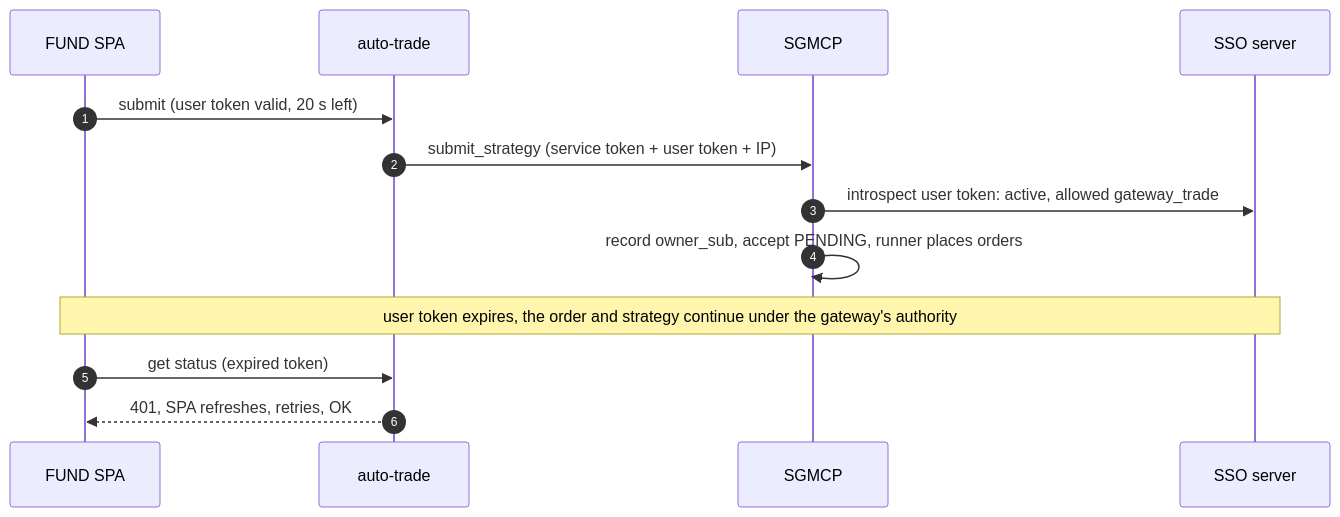
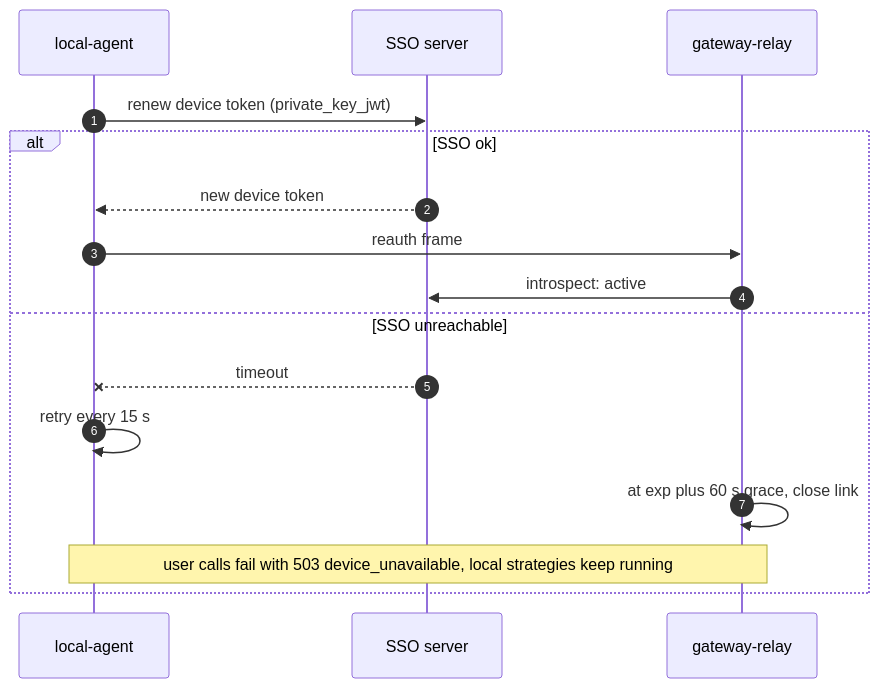
One commit to Neural-Matrix-LLC/SSO-server changed the tenth of 16 diagrams in docs/ECOSYSTEM-INTEGRATION.md. Above: the diagram before and after it, drawn with Mermaid. The commit also changed other lines of this file and 4 other files, not shown here.

````diff
--- a/docs/ECOSYSTEM-INTEGRATION.md
+++ b/docs/ECOSYSTEM-INTEGRATION.md
@@ -409,15 +496,18 @@
 ```mermaid
 sequenceDiagram
   autonumber
-  participant SPA as FUND SPA
-  participant AT as auto-trade
-  participant GW as SGMCP
+  participant LA as local-agent
   participant SSO as SSO server
-  SPA->>AT: submit (user token valid, 20 s left)
-  AT->>GW: submit_strategy (service token + user token + IP)
-  GW->>SSO: introspect user token: active, allowed gateway_trade
-  GW->>GW: record owner_sub, accept PENDING, runner places orders
-  Note over SPA,SSO: user token expires, the order and strategy continue under the gateway's authority
-  SPA->>AT: get status (expired token)
-  AT-->>SPA: 401, SPA refreshes, retries, OK
+  participant RL as gateway-relay
+  LA->>SSO: renew device token (private_key_jwt)
+  alt SSO ok
+    SSO-->>LA: new device token
+    LA->>RL: reauth frame
+    RL->>SSO: introspect: active
+  else SSO unreachable
+    SSO--xLA: timeout
+    LA->>LA: retry every 15 s
+    RL->>RL: at exp plus 60 s grace, close link
+    Note over LA,RL: user calls fail with 503 device_unavailable, local strategies keep running
+  end
 ```
````
